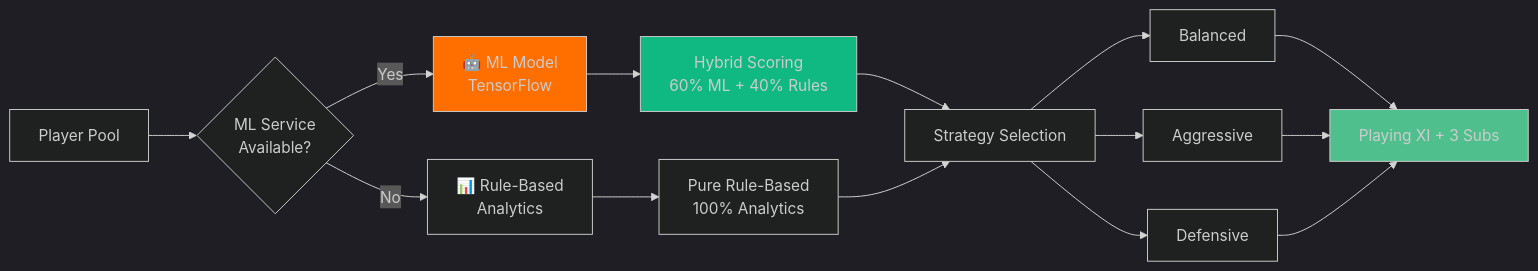
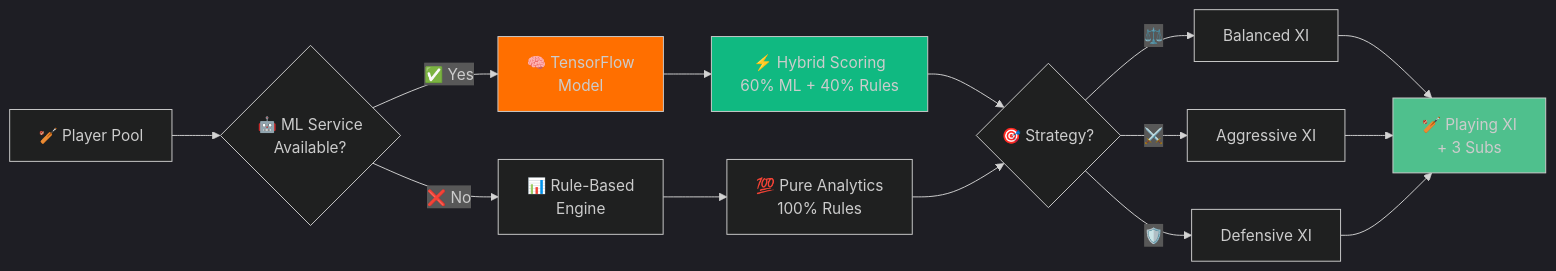
One commit to jamesvarghese7/Crickarena changed the fifth of 6 diagrams in README.md. Above: the diagram before and after it, drawn with Mermaid. The commit also changed other lines of this file, not shown here.

````diff
--- a/README.md
+++ b/README.md
@@ -531,21 +605,21 @@
 ```mermaid
 %%{init: {'theme':'dark'}}%%
 flowchart LR
-    A[Player Pool] --> B{ML Service<br/>Available?}
-    B -->|Yes| C[🤖 ML Model<br/>TensorFlow]
-    B -->|No| D[📊 Rule-Based<br/>Analytics]
-    C --> E[Hybrid Scoring<br/>60% ML + 40% Rules]
-    D --> F[Pure Rule-Based<br/>100% Analytics]
-    E --> G[Strategy Selection]
+    A[🏏 Player Pool] --> B{🤖 ML Service<br/>Available?}
+    B -->|✅ Yes| C[🧠 TensorFlow<br/>Model]
+    B -->|❌ No| D[📊 Rule-Based<br/>Engine]
+    C --> E[⚡ Hybrid Scoring<br/>60% ML + 40% Rules]
+    D --> F[💯 Pure Analytics<br/>100% Rules]
+    E --> G{🎯 Strategy?}
     F --> G
-    G --> H[Balanced]
-    G --> I[Aggressive]
-    G --> J[Defensive]
-    H --> K[Playing XI + 3 Subs]
+    G -->|⚖️| H[Balanced XI]
+    G -->|⚔️| I[Aggressive XI]
+    G -->|🛡️| J[Defensive XI]
+    H --> K[🏏 Playing XI<br/>+ 3 Subs]
     I --> K
     J --> K
     
     style C fill:#FF6F00
     style E fill:#10B981
     style K fill:#4FC08D
 ```
````
